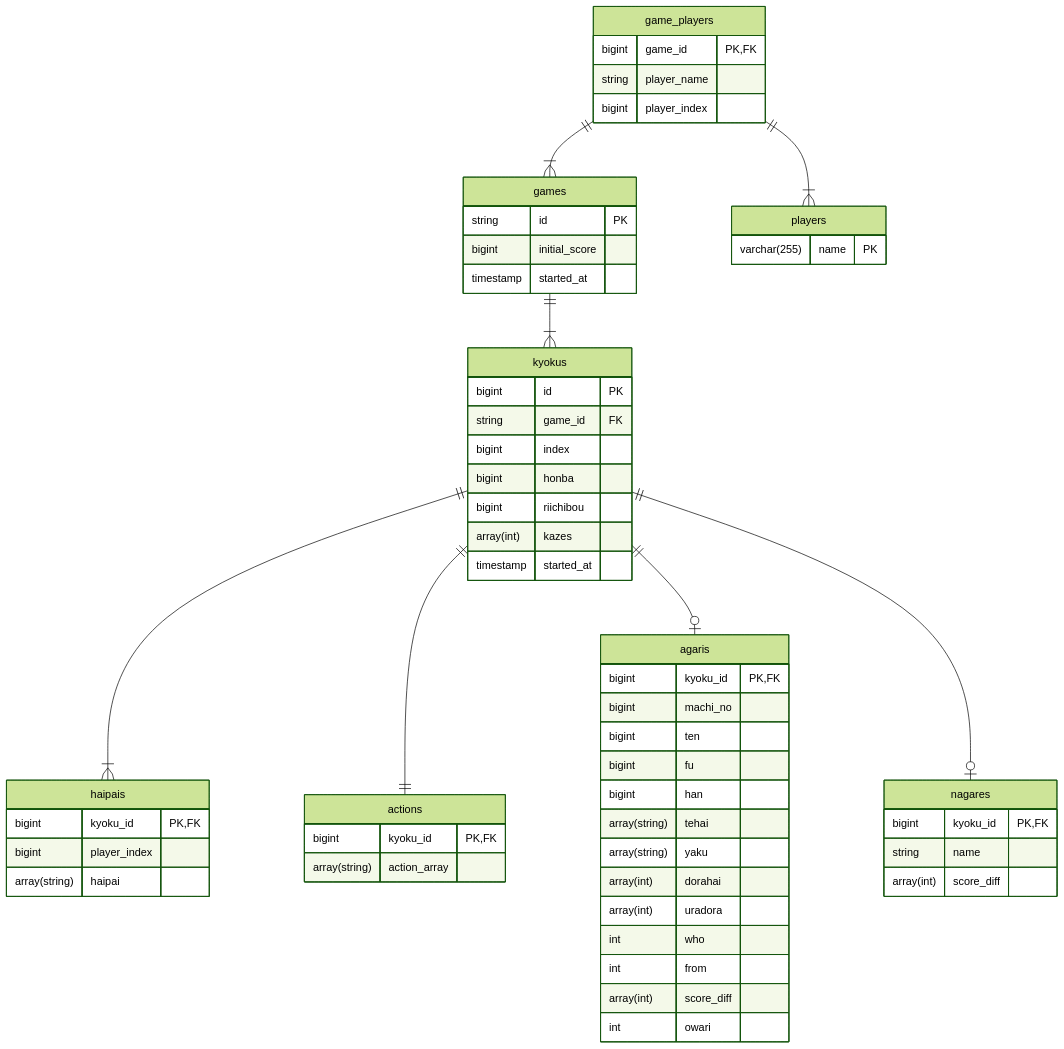
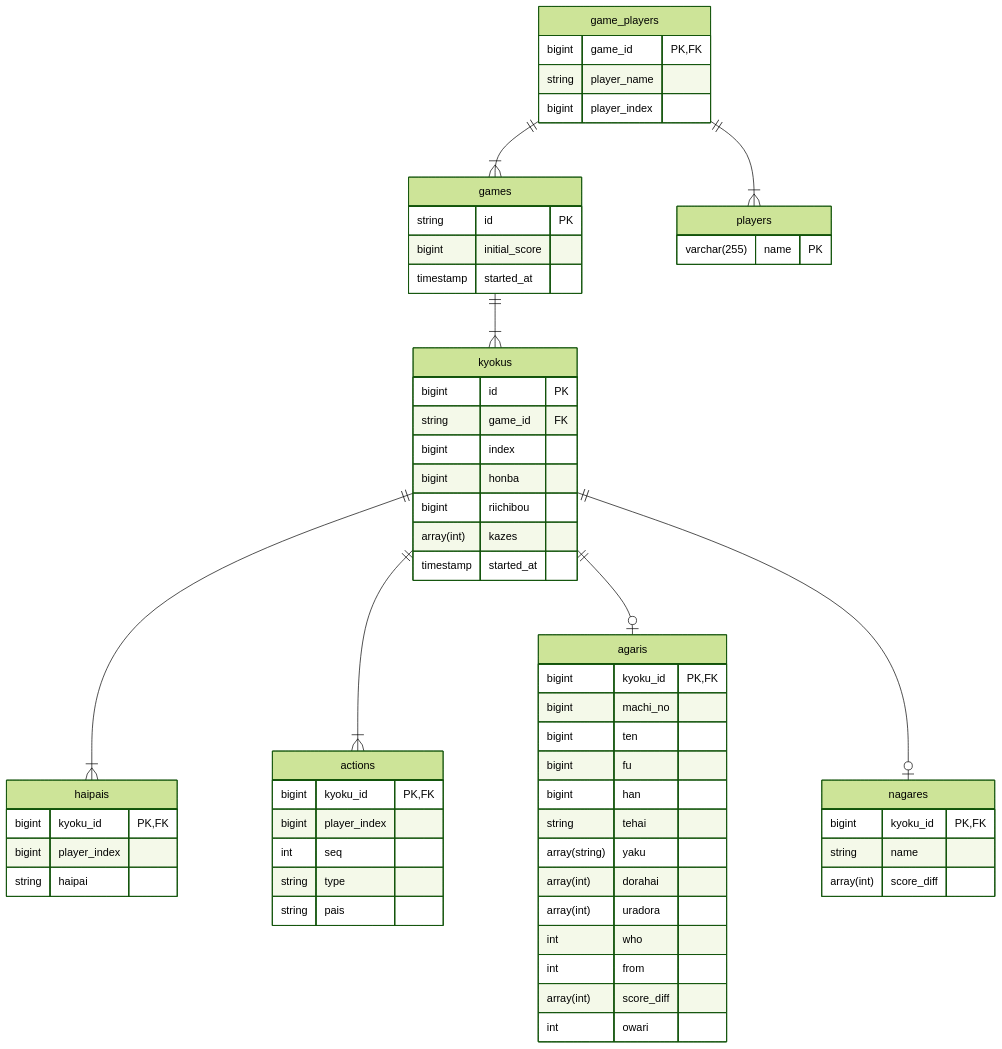
Before and after one commit to kackyt/mahjong-etl: the diagram in er/mahjong.md, drawn with Mermaid (forest theme). The commit also changed 3 other files, not shown here.

````diff
--- a/er/mahjong.md
+++ b/er/mahjong.md
@@ -1,67 +1,70 @@
 ```mermaid
 erDiagram
   game_players ||--|{ games : ""
   game_players ||--|{ players : ""
   games ||--|{ kyokus : ""
   kyokus ||--|{ haipais : ""
-  kyokus ||--|| actions : ""
+  kyokus ||--|{ actions : ""
   kyokus ||--o| agaris : ""
   kyokus ||--o| nagares : ""
 
   players {
     varchar(255) name PK
   }
   kyokus {
     bigint id PK
     string game_id FK
     bigint index
     bigint honba
     bigint riichibou
     array(int) kazes
     timestamp started_at
   }
 
   haipais {
     bigint kyoku_id PK,FK
     bigint player_index
-    array(string) haipai
+    string haipai
   }
 
   actions {
     bigint kyoku_id PK,FK
-    array(string) action_array
+    bigint player_index
+    int seq
+    string type
+    string pais
   }
 
   agaris {
     bigint kyoku_id PK,FK
     bigint machi_no
     bigint ten
     bigint fu
     bigint han
-    array(string) tehai
+    string tehai
     array(string) yaku
     array(int) dorahai
     array(int) uradora
     int who
     int from
     array(int) score_diff
     int owari
   }
 
   nagares {
     bigint kyoku_id PK,FK
     string name
     array(int) score_diff
   }
 
   game_players {
     bigint game_id PK, FK
     string player_name
     bigint player_index
   }
   games {
     string id PK
     bigint initial_score
     timestamp started_at
   }
 ```
````
